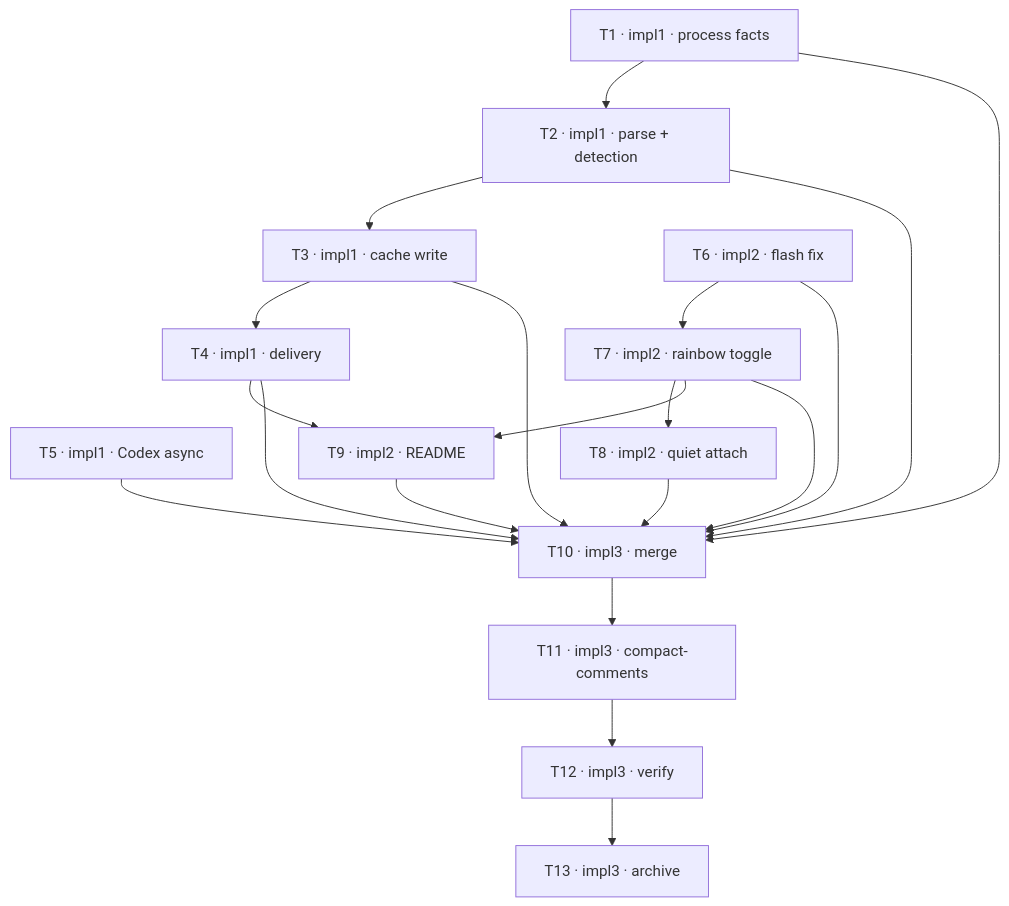
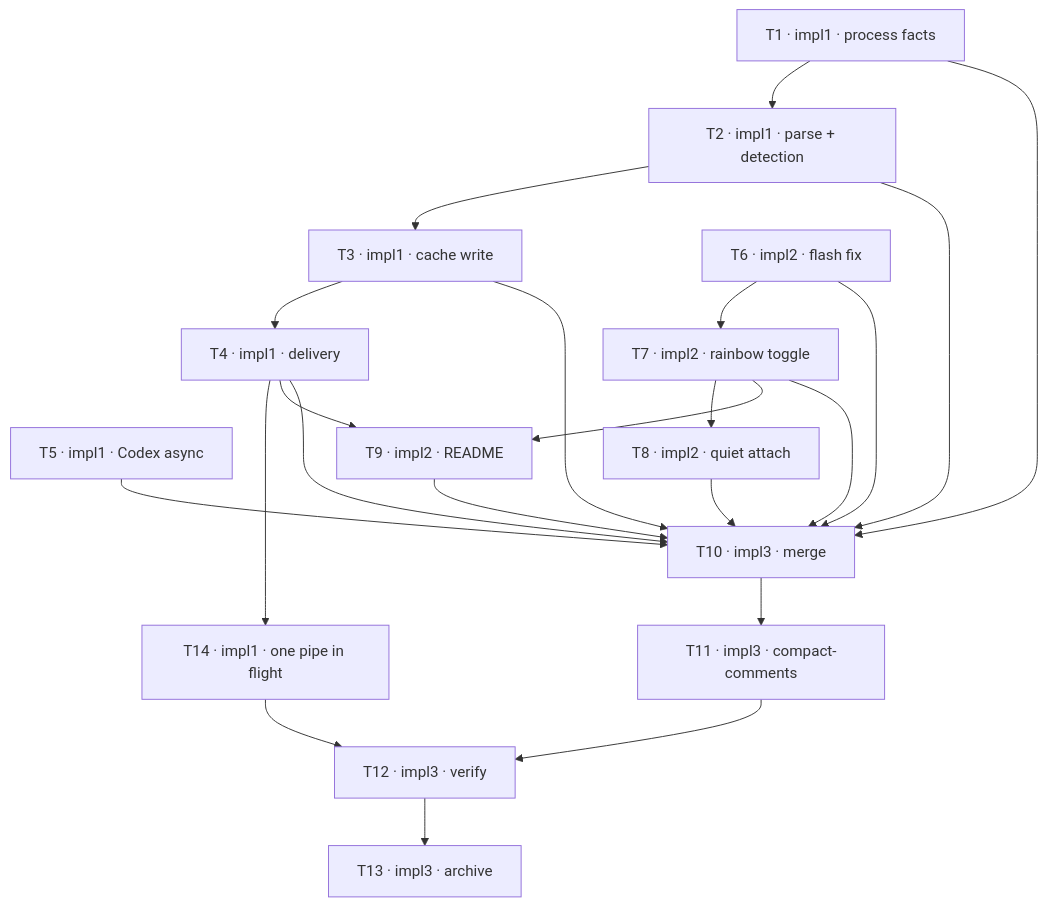
The diagram in CLAUDE_TODO-optimize-hook.md (joeyjeong07/zellaude), drawn with Mermaid before and after one commit. The commit also changed other lines of this file and 2 other files, not shown here.

Commit message:
[revise] one pipe in flight per session, 5 s reaper (T14), from T12's E2E failure

````diff
--- a/CLAUDE_TODO-optimize-hook.md
+++ b/CLAUDE_TODO-optimize-hook.md
@@ -38,23 +39,25 @@
 ```mermaid
 graph TD
   T1[T1 · impl1 · process facts] --> T2[T2 · impl1 · parse + detection]
   T2 --> T3[T3 · impl1 · cache write]
   T3 --> T4[T4 · impl1 · delivery]
+  T4 --> T14[T14 · impl1 · one pipe in flight]
+  T14 --> T12
   T5[T5 · impl1 · Codex async]
   T6[T6 · impl2 · flash fix] --> T7[T7 · impl2 · rainbow toggle]
   T7 --> T8[T8 · impl2 · quiet attach]
   T4 --> T9[T9 · impl2 · README]
   T7 --> T9
   T4 --> T10[T10 · impl3 · merge]
   T5 --> T10
   T8 --> T10
   T9 --> T10
   T1 --> T10
   T2 --> T10
   T3 --> T10
   T6 --> T10
   T7 --> T10
   T10 --> T11[T11 · impl3 · compact-comments]
   T11 --> T12[T12 · impl3 · verify]
   T12 --> T13[T13 · impl3 · archive]
 ```
````
